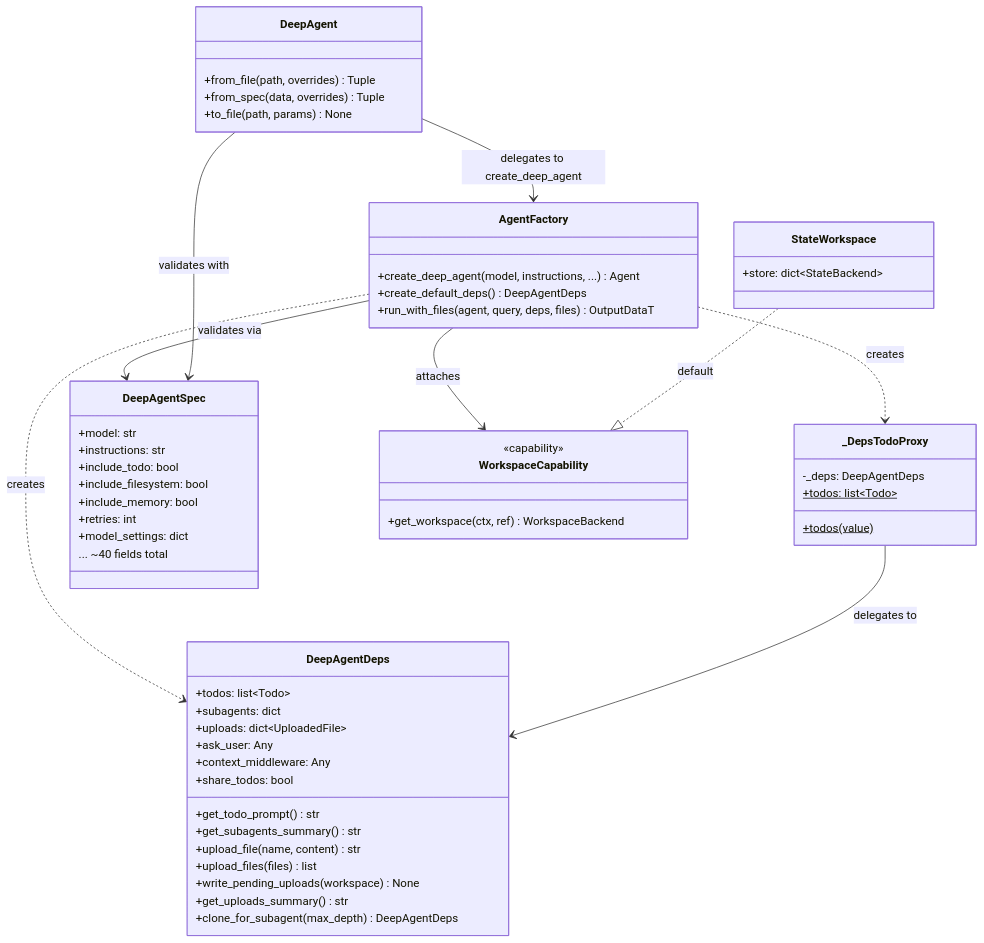
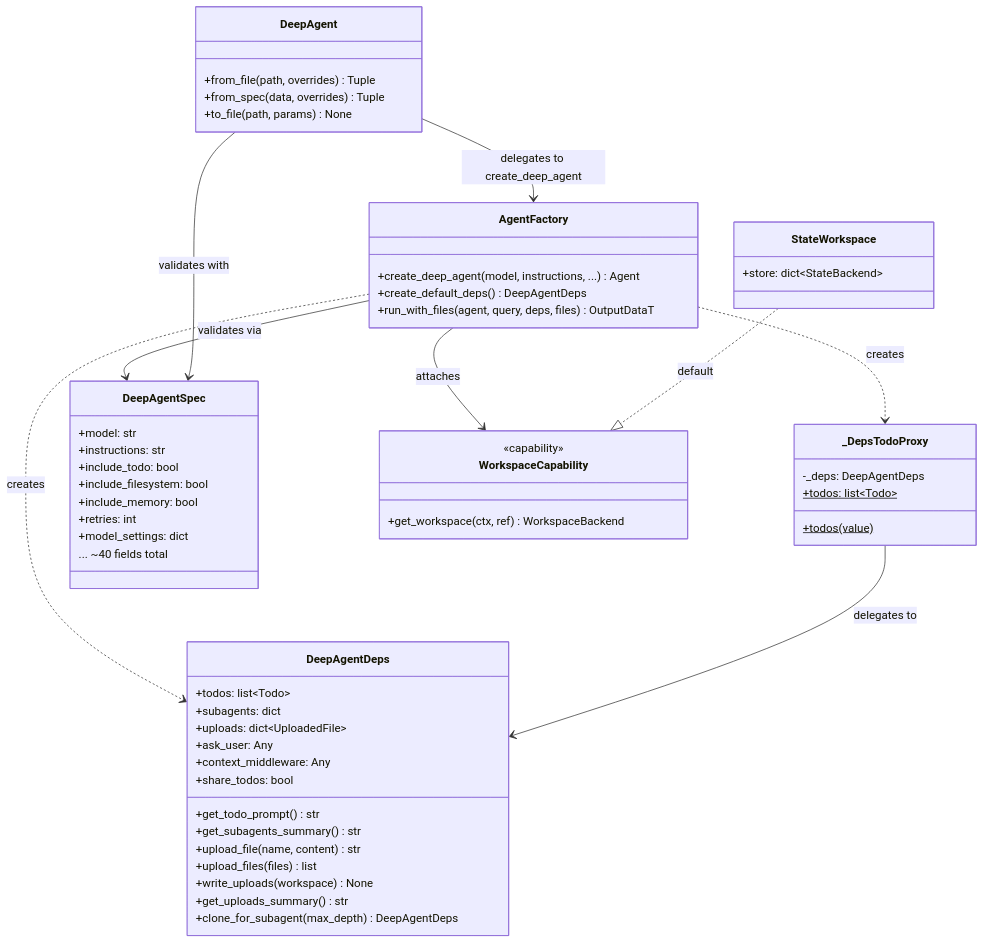
One commit to vstorm-co/pydantic-deepagents changed the diagram in docs/c4/4a-deep-dive-agent-factory.md. Above: the diagram before and after it, drawn with Mermaid. The commit also changed other lines of this file and 7 other files, not shown here.

````diff
--- a/docs/c4/4a-deep-dive-agent-factory.md
+++ b/docs/c4/4a-deep-dive-agent-factory.md
@@ -575,65 +576,65 @@
 ```mermaid
 classDiagram
     class AgentFactory {
         +create_deep_agent(model, instructions, ...) Agent
         +create_default_deps() DeepAgentDeps
         +run_with_files(agent, query, deps, files) OutputDataT
     }
 
     class _DepsTodoProxy {
         -_deps: DeepAgentDeps
         +todos: list~Todo~ $
         +todos(value) $
     }
 
     class DeepAgentDeps {
         +todos: list~Todo~
         +subagents: dict
         +uploads: dict~UploadedFile~
         +ask_user: Any
         +context_middleware: Any
         +share_todos: bool
         +get_todo_prompt() str
         +get_subagents_summary() str
         +upload_file(name, content) str
         +upload_files(files) list
-        +write_pending_uploads(workspace) None
+        +write_uploads(workspace) None
         +get_uploads_summary() str
         +clone_for_subagent(max_depth) DeepAgentDeps
     }
 
     class DeepAgentSpec {
         +model: str
         +instructions: str
         +include_todo: bool
         +include_filesystem: bool
         +include_memory: bool
         +retries: int
         +model_settings: dict
         ... ~40 fields total
     }
 
     class DeepAgent {
         +from_file(path, overrides) Tuple
         +from_spec(data, overrides) Tuple
         +to_file(path, params) None
     }
 
     class WorkspaceCapability {
         <<capability>>
         +get_workspace(ctx, ref) WorkspaceBackend
     }
 
     class StateWorkspace {
         +store: dict~StateBackend~
     }
 
     AgentFactory ..> _DepsTodoProxy : creates
     AgentFactory ..> DeepAgentDeps : creates
     AgentFactory --> DeepAgentSpec : validates via
     DeepAgent --> DeepAgentSpec : validates with
     DeepAgent --> AgentFactory : delegates to create_deep_agent
     _DepsTodoProxy --> DeepAgentDeps : delegates to
     AgentFactory --> WorkspaceCapability : attaches
     StateWorkspace ..|> WorkspaceCapability : default
 ```
````
